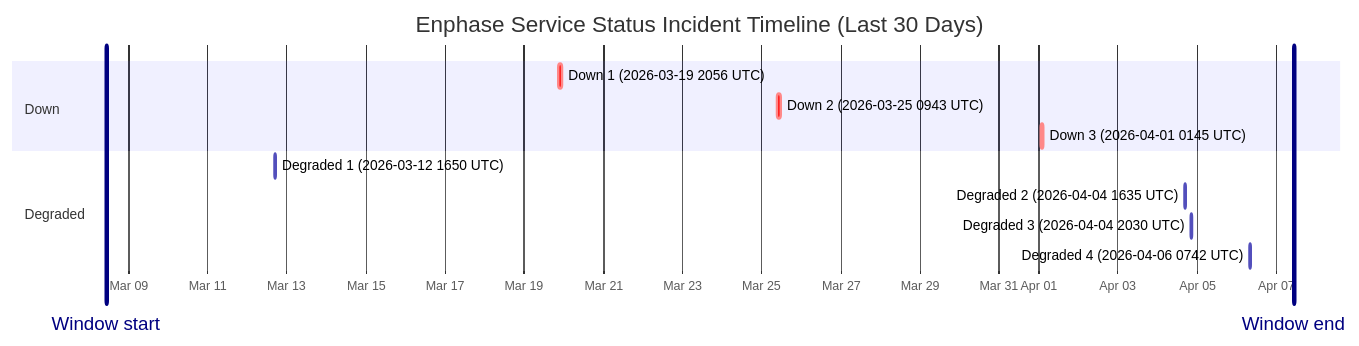
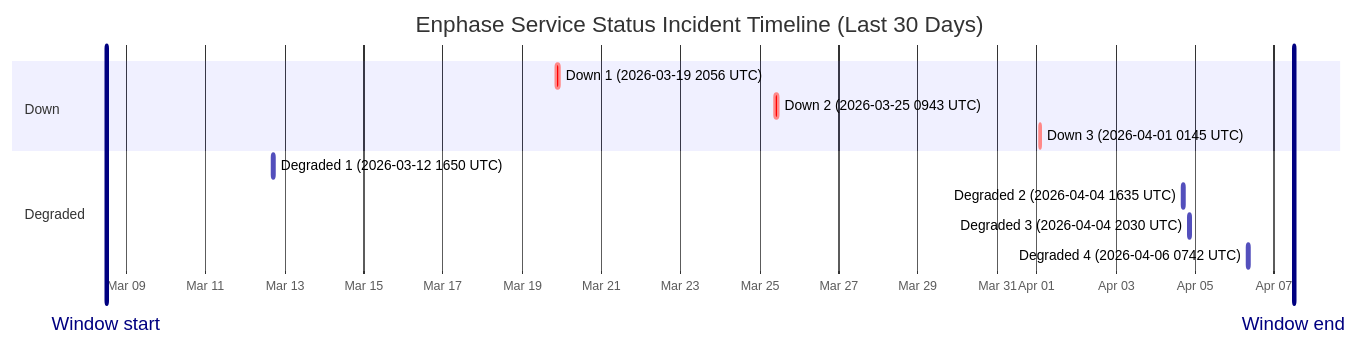
One commit to barneyonline/ha-enphase-ev-charger changed the diagram in wiki/Service-Status-History.md. Above: the diagram before and after it, drawn with Mermaid. The commit also changed other lines of this file and 3 other files, not shown here.

````diff
--- a/wiki/Service-Status-History.md
+++ b/wiki/Service-Status-History.md
@@ -14,17 +14,17 @@
 ```mermaid
 gantt
     title Enphase Service Status Incident Timeline (Last 30 Days)
     dateFormat  YYYY-MM-DDTHH:mm:ss
     axisFormat  %b %d
-    Window start :vert, window-start, 2026-03-08T10:33:53, 0ms
-    Window end :vert, window-end, 2026-04-07T10:33:53, 0ms
+    Window start :vert, window-start, 2026-03-08T11:53:19, 0ms
+    Window end :vert, window-end, 2026-04-07T11:53:19, 0ms
     section Down
     Down 1 (2026-03-19 2056 UTC) :crit, down-1, 2026-03-19T20:56:20, 145m
     Down 2 (2026-03-25 0943 UTC) :crit, down-2, 2026-03-25T09:43:28, 111m
     Down 3 (2026-04-01 0145 UTC) :crit, down-3, 2026-04-01T01:45:09, 60m
     section Degraded
     Degraded 1 (2026-03-12 1650 UTC) :active, degraded-1, 2026-03-12T16:50:43, 60m
     Degraded 2 (2026-04-04 1635 UTC) :active, degraded-2, 2026-04-04T16:35:17, 60m
     Degraded 3 (2026-04-04 2030 UTC) :active, degraded-3, 2026-04-04T20:30:40, 60m
     Degraded 4 (2026-04-06 0742 UTC) :active, degraded-4, 2026-04-06T07:42:09, 85m
 ```
````
